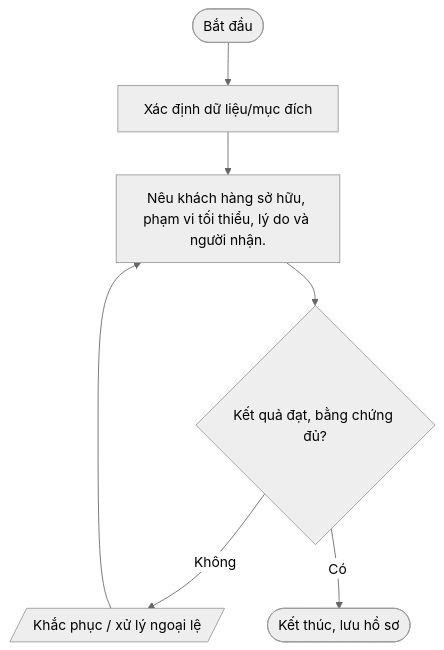
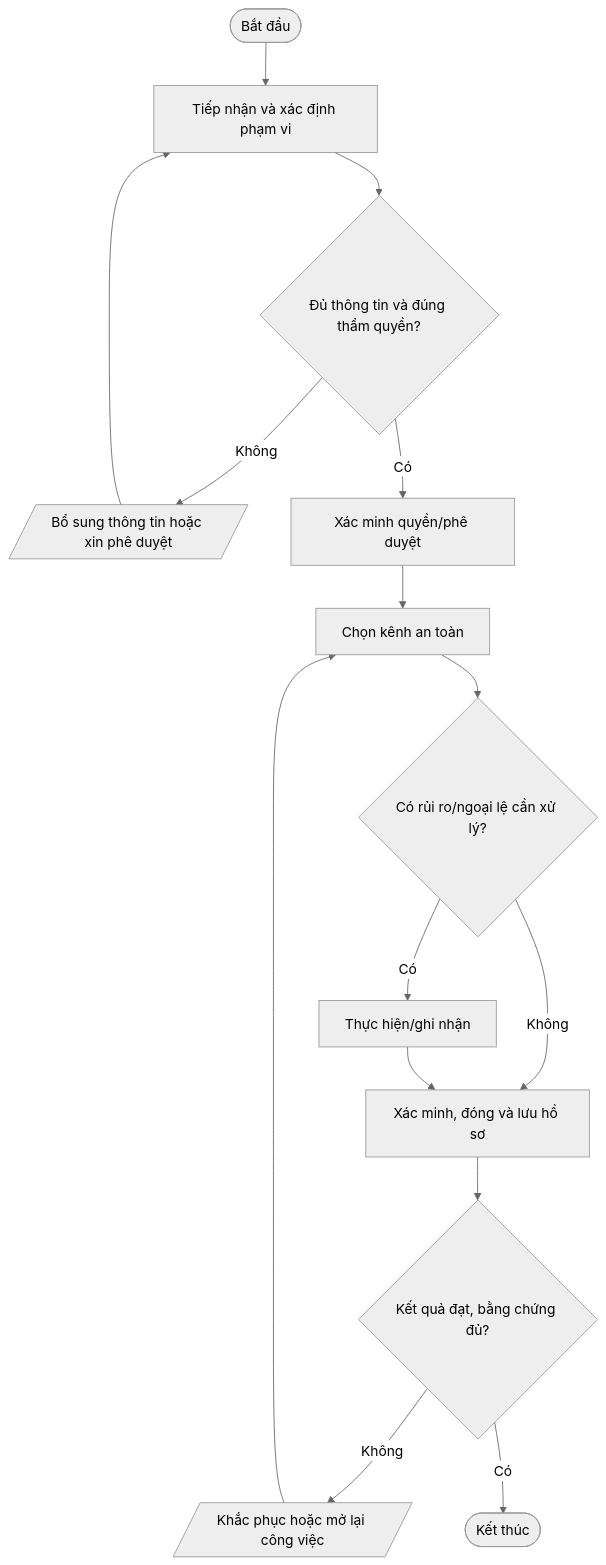
Diagram 11 of 11 in quy-trinh/03-An-toan-thong-tin/README.md (daoaigiangnam/Quy_Trinh_Chuan), drawn with Mermaid (neutral theme) before and after one commit. The commit also changed other lines of this file, not shown here.

Commit message:
docs: refine detailed procedure steps and Mermaid flowcharts

````diff
--- a/quy-trinh/03-An-toan-thong-tin/README.md
+++ b/quy-trinh/03-An-toan-thong-tin/README.md
@@ -754,11 +937,17 @@
 ```mermaid
 flowchart TD
-  A([Bắt đầu]) --> S1
-  S1["Xác định dữ liệu/mục đích"]
-  S2["Nêu khách hàng sở hữu, phạm vi tối thiểu, lý do và người nhận."]
-  S1 --> S2
-  S2 --> D2{"Kết quả đạt, bằng chứng đủ?"}
-  D2 -- Không --> REWORK[/"Khắc phục / xử lý ngoại lệ"/]
-  REWORK --> S2
-  D2 -- Có --> Z([Kết thúc, lưu hồ sơ])
+  A([Bắt đầu]) --> S1["Tiếp nhận và xác định phạm vi"]
+  S1 --> D1{"Đủ thông tin và đúng thẩm quyền?"}
+  D1 -- Không --> F1[/"Bổ sung thông tin hoặc xin phê duyệt"/]
+  F1 --> S1
+  D1 -- Có --> S2["Xác minh quyền/phê duyệt"]
+  S2 --> S3["Chọn kênh an toàn"]
+  S3 --> D2{"Có rủi ro/ngoại lệ cần xử lý?"}
+  D2 -- Có --> S4["Thực hiện/ghi nhận"]
+  D2 -- Không --> S5["Xác minh, đóng và lưu hồ sơ"]
+  S4 --> S5
+  S5 --> D3{"Kết quả đạt, bằng chứng đủ?"}
+  D3 -- Không --> R[/"Khắc phục hoặc mở lại công việc"/]
+  R --> S3
+  D3 -- Có --> Z([Kết thúc])
 ```
````
